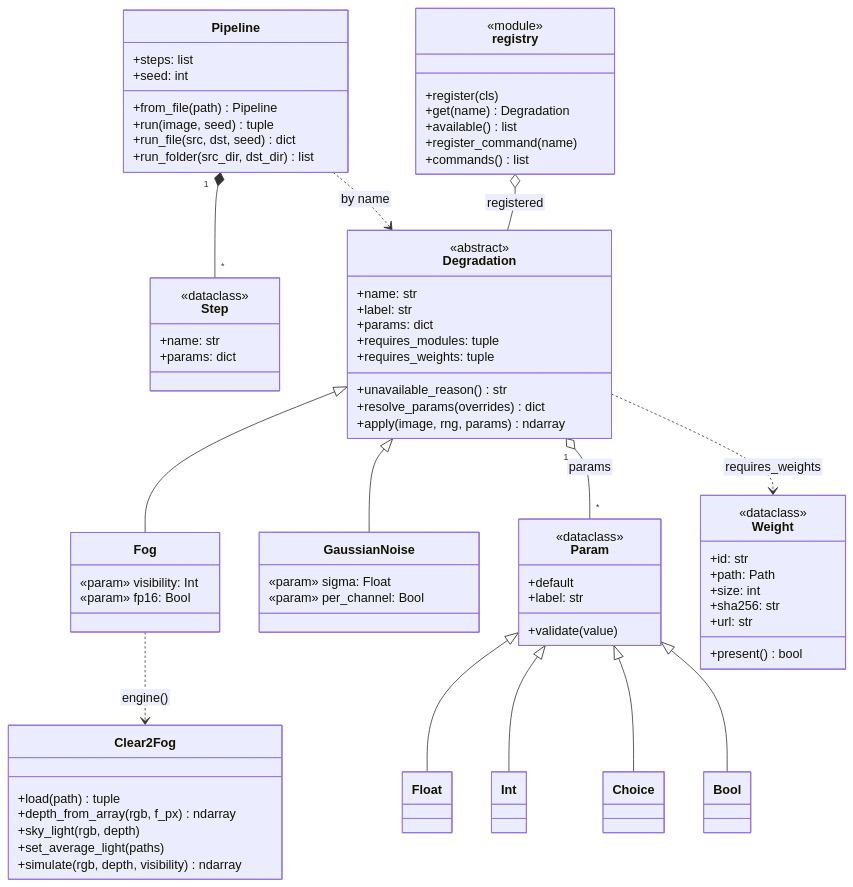
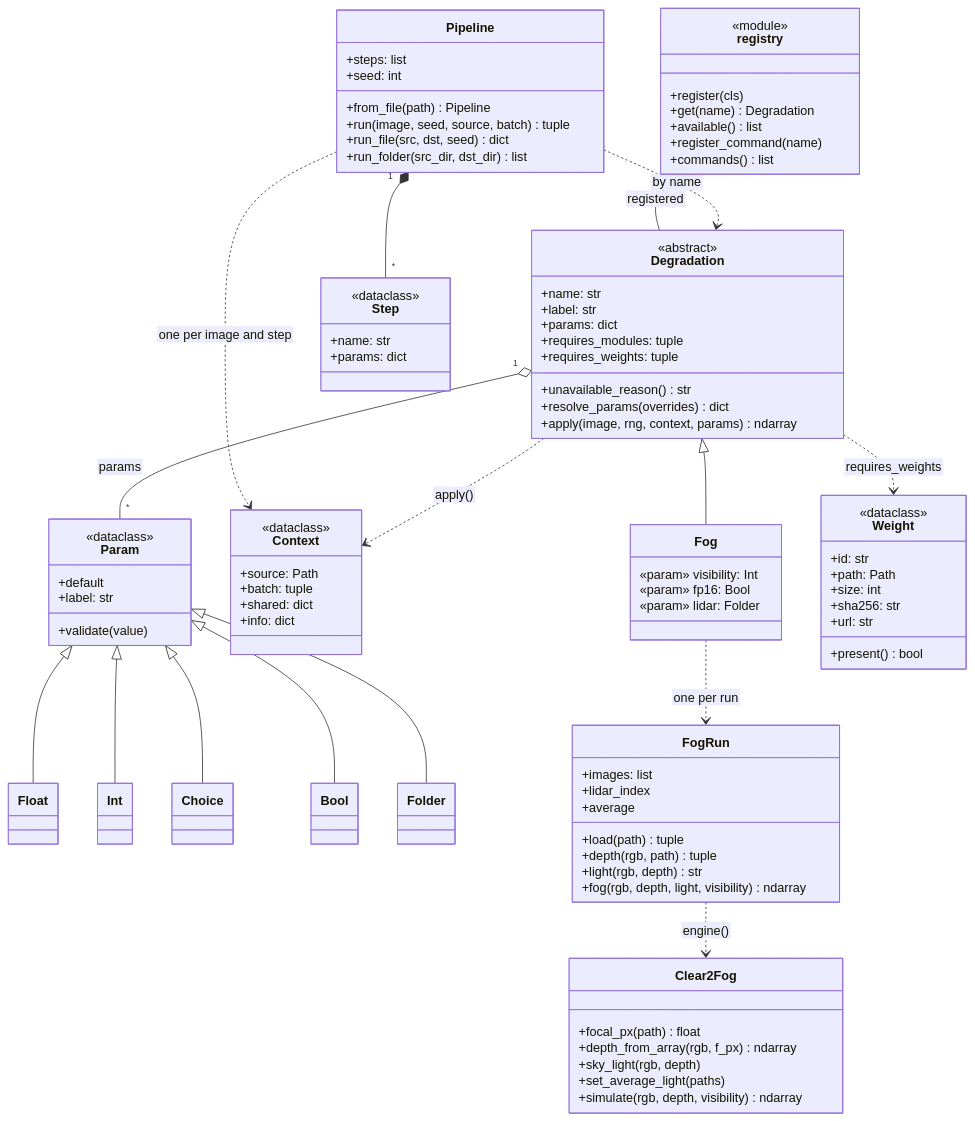
Before and after one commit to Tommy6015/degradation-framework: the second of 4 diagrams in doc_EN/architecture.md, drawn with Mermaid. The commit also changed other lines of this file and 38 other files, not shown here.

```diff
--- a/doc_EN/architecture.md
+++ b/doc_EN/architecture.md
@@ -122,18 +121,23 @@
         +requires_weights: tuple
         +unavailable_reason() str
         +resolve_params(overrides) dict
-        +apply(image, rng, params) ndarray
+        +apply(image, rng, context, params) ndarray
     }
     class Fog {
         «param» visibility: Int
         «param» fp16: Bool
-    }
-    class GaussianNoise {
-        «param» sigma: Float
-        «param» per_channel: Bool
+        «param» lidar: Folder
     }
     Degradation <|-- Fog
-    Degradation <|-- GaussianNoise
+
+    class Context {
+        <<dataclass>>
+        +source: Path
+        +batch: tuple
+        +shared: dict
+        +info: dict
+    }
+    Degradation ..> Context : apply()
 
     class Param {
         <<dataclass>>
@@ -145,13 +149,14 @@
     Param <|-- Int
     Param <|-- Choice
     Param <|-- Bool
+    Param <|-- Folder
     Degradation "1" o-- "*" Param : params
 
     class Pipeline {
         +steps: list
         +seed: int
         +from_file(path) Pipeline
-        +run(image, seed) tuple
+        +run(image, seed, source, batch) tuple
         +run_file(src, dst, seed) dict
         +run_folder(src_dir, dst_dir) list
     }
@@ -162,6 +167,7 @@
     }
     Pipeline "1" *-- "*" Step
     Pipeline ..> Degradation : by name
+    Pipeline ..> Context : one per image and step
 
     class registry {
         <<module>>
@@ -173,14 +179,24 @@
     }
     registry o-- Degradation : registered
 
+    class FogRun {
+        +images: list
+        +lidar_index
+        +average
+        +load(path) tuple
+        +depth(rgb, path) tuple
+        +light(rgb, depth) str
+        +fog(rgb, depth, light, visibility) ndarray
+    }
     class Clear2Fog {
-        +load(path) tuple
+        +focal_px(path) float
         +depth_from_array(rgb, f_px) ndarray
         +sky_light(rgb, depth)
         +set_average_light(paths)
         +simulate(rgb, depth, visibility) ndarray
     }
-    Fog ..> Clear2Fog : engine()
+    Fog ..> FogRun : one per run
+    FogRun ..> Clear2Fog : engine()
 
     class Weight {
         <<dataclass>>
```
